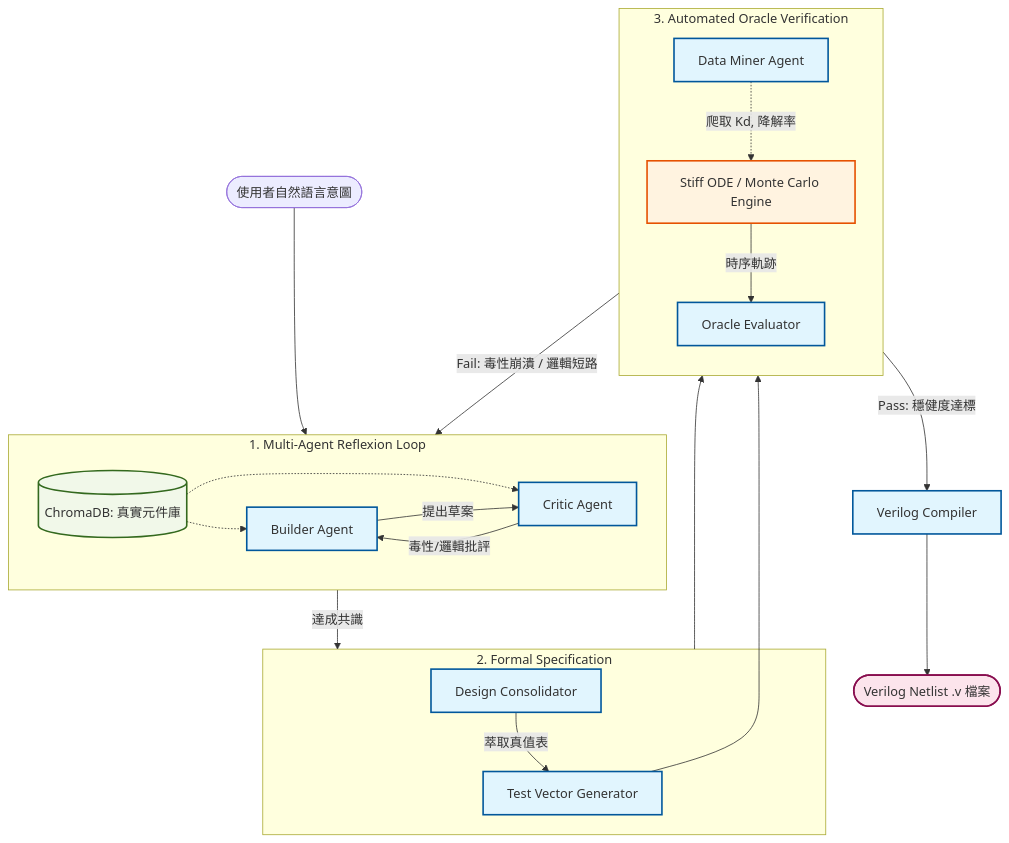
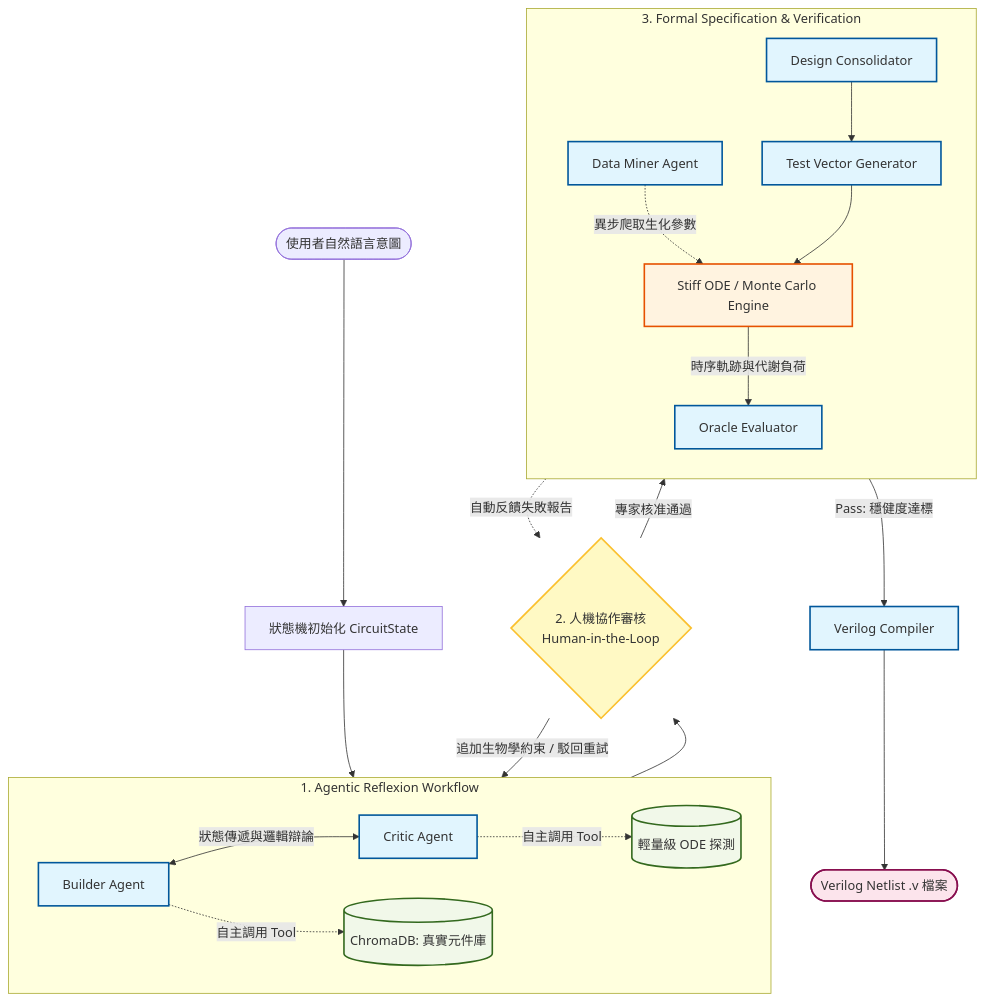
Before and after one commit to yehray1230/LLM-Cello-BioDrive-An-Automated-Genetic-Circuit-Design-Verification-Framework: the diagram in README.md, drawn with Mermaid. The commit also changed other lines of this file, not shown here.

````diff
--- a/README.md
+++ b/README.md
@@ -54,50 +57,48 @@
 ```mermaid
 flowchart TB
     %% 定義全局樣式
     classDef agent fill:#e1f5fe,stroke:#01579b,stroke-width:2px;
     classDef engine fill:#fff3e0,stroke:#e65100,stroke-width:2px;
     classDef data fill:#f1f8e9,stroke:#33691e,stroke-width:2px;
     classDef output fill:#fce4ec,stroke:#880e4f,stroke-width:2px;
+    classDef human fill:#fff9c4,stroke:#fbc02d,stroke-width:2px;
 
-    %% 外部輸入
-    U([使用者自然語言意圖]) --> Reflexion_Loop
+    U([使用者自然語言意圖]) --> State[狀態機初始化 CircuitState]
+    State --> Reflexion_Loop
 
-    %% 模組 1：多智能體對抗迴圈
-    subgraph Reflexion_Loop [1. Multi-Agent Reflexion Loop]
+    %% 模組 1：多智能體工具調用與對抗
+    subgraph Reflexion_Loop [1. Agentic Reflexion Workflow]
         direction LR
-        RAG[(ChromaDB: 真實元件庫)] -.-> B
-        RAG -.-> C
-        B[Builder Agent] -->|提出草案| C[Critic Agent]
-        C -->|毒性/邏輯批評| B
+        B[Builder Agent] <-->|狀態傳遞與邏輯辯論| C[Critic Agent]
+        B -.->|自主調用 Tool| RAG[(ChromaDB: 真實元件庫)]
+        C -.->|自主調用 Tool| Light_ODE[(輕量級 ODE 探測)]
     end
     class B,C agent
-    class RAG data
+    class RAG,Light_ODE data
 
-    %% 模組 2：規格形式化
-    subgraph Formalization [2. Formal Specification]
-        DC[Design Consolidator] -->|萃取真值表| TV[Test Vector Generator]
+    %% 人機協作節點
+    Reflexion_Loop --> HITL{2. 人機協作審核 \n Human-in-the-Loop}
+    class HITL human
+    
+    HITL -->|追加生物學約束 / 駁回重試| Reflexion_Loop
+    HITL -->|專家核准通過| Formalization
+
+    %% 模組 2：規格形式化與全域驗證
+    subgraph Formalization [3. Formal Specification & Verification]
+        direction TB
+        DC[Design Consolidator] --> TV[Test Vector Generator]
+        DM[Data Miner Agent] -.->|異步爬取生化參數| ODE
+        TV --> ODE[Stiff ODE / Monte Carlo Engine]
+        ODE -->|時序軌跡與代謝負荷| OE[Oracle Evaluator]
     end
-    class DC,TV agent
-
-    Reflexion_Loop -->|達成共識| Formalization
-
-    %% 模組 3：動力學模擬與驗證
-    subgraph Verification [3. Automated Oracle Verification]
-        direction TB
-        DM[Data Miner Agent] -.->|爬取 Kd, 降解率| ODE
-        TV --> ODE[Stiff ODE / Monte Carlo Engine]
-        ODE -->|時序軌跡| OE[Oracle Evaluator]
-    end
-    class DM,OE agent
+    class DC,TV,DM,OE agent
     class ODE engine
 
-    Formalization --> Verification
-
     %% 決策與輸出
-    OE -->|Fail: 毒性崩潰 / 邏輯短路| Reflexion_Loop
+    OE -.->|自動反饋失敗報告| HITL
     OE -->|Pass: 穩健度達標| VC[Verilog Compiler]
     
     VC --> Netlist([Verilog Netlist .v 檔案])
     class VC agent
     class Netlist output
 ```
````
